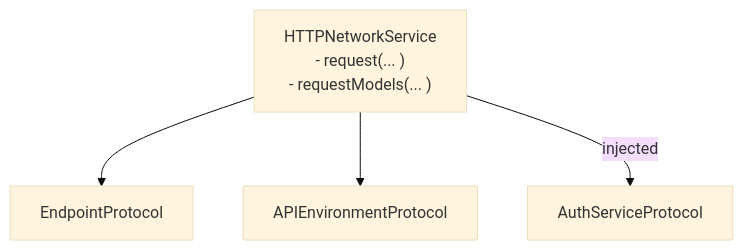
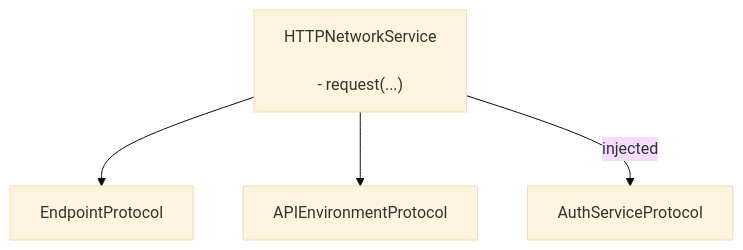
One commit to gentle-giraffe-apps/GentleNetworking changed the first of 2 diagrams in README.md. Above: the diagram before and after it, drawn with Mermaid (base theme). The commit also changed other lines of this file, not shown here.

````diff
--- a/README.md
+++ b/README.md
@@ -44,12 +44,19 @@
 ```mermaid
 flowchart TB
-    HTTP["HTTPNetworkService<br/>- request(... )<br/>- requestModels(... )"]
+    HTTP["HTTPNetworkService<br/><br/>- request(...)"]
 
     Endpoint["EndpointProtocol"]
     Env["APIEnvironmentProtocol"]
     Auth["AuthServiceProtocol"]
 
     HTTP --> Endpoint
     HTTP --> Env
     HTTP -->|injected| Auth
+
+    %% --- invisible bottom padding ---
+    Pad1["."]
+    Pad2["."]
+
+    style Pad1 fill:transparent,stroke:transparent,color:transparent
+    style Pad2 fill:transparent,stroke:transparent,color:transparent
 ```
````
